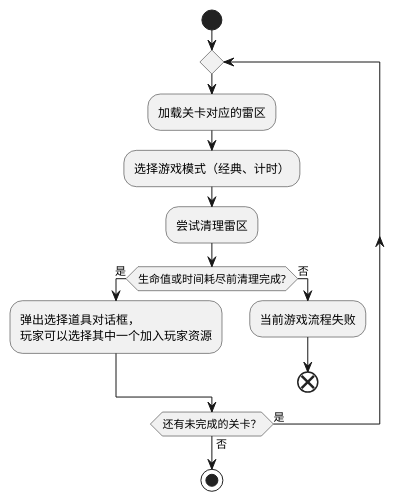
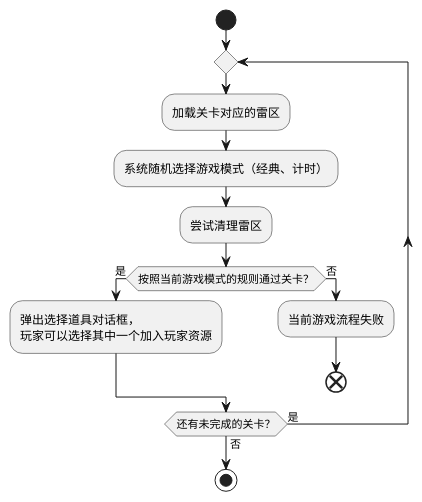
The diagram in SnekPlugin/Diagrams/activity/game-flow.puml (SnekTech/mine-sweeper-rogue-lib), drawn with PlantUML before and after one commit. The commit also changed 1 other file, not shown here.

Commit message:
update some diagrams

```diff
--- a/SnekPlugin/Diagrams/activity/game-flow.puml
+++ b/SnekPlugin/Diagrams/activity/game-flow.puml
@@ -1,23 +1,23 @@
 @startuml
 'https://plantuml.com/activity-diagram-beta
 
 start
 
 repeat
 :加载关卡对应的雷区;
-:选择游戏模式（经典、计时）;
+:系统随机选择游戏模式（经典、计时）;
 :尝试清理雷区;
 
-if (生命值或时间耗尽前清理完成?) is (是) then
+if (按照当前游戏模式的规则通过关卡？) is (是) then
     :弹出选择道具对话框，
     玩家可以选择其中一个加入玩家资源;
 else (否)
     :当前游戏流程失败;
     end
 endif
 
 repeat while (还有未完成的关卡？) is (是) not (否)
 
 stop
 
 @enduml
```
